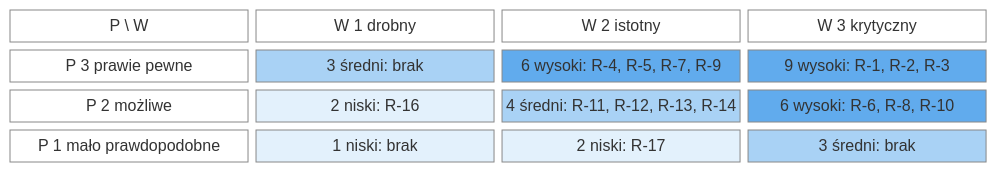
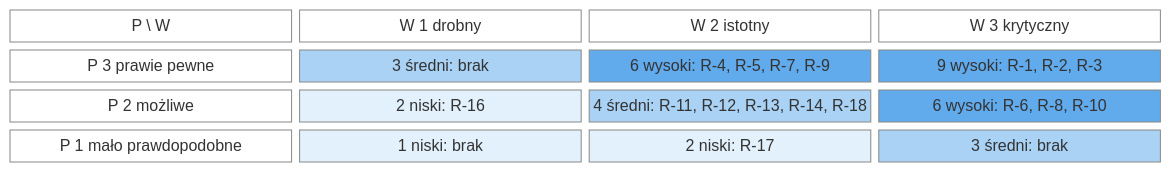
One commit to dostepny-kampus/dostepny-kampus changed the diagram in docs/docs/biznes/ryzyka.md. Above: the diagram before and after it, drawn with Mermaid. The commit also changed other lines of this file, not shown here.

Commit message:
docs(biznes): add risk of a report stuck with one verifier

````diff
--- a/docs/docs/biznes/ryzyka.md
+++ b/docs/docs/biznes/ryzyka.md
@@ -40,16 +41,16 @@
 ```mermaid
 block-beta
   columns 4
   naroznik["P \ W"] w1["W 1 drobny"] w2["W 2 istotny"] w3["W 3 krytyczny"]
   p3["P 3 prawie pewne"] c31["3 średni: brak"] c32["6 wysoki: R-4, R-5, R-7, R-9"] c33["9 wysoki: R-1, R-2, R-3"]
-  p2["P 2 możliwe"] c21["2 niski: R-16"] c22["4 średni: R-11, R-12, R-13, R-14"] c23["6 wysoki: R-6, R-8, R-10"]
+  p2["P 2 możliwe"] c21["2 niski: R-16"] c22["4 średni: R-11, R-12, R-13, R-14, R-18"] c23["6 wysoki: R-6, R-8, R-10"]
   p1["P 1 mało prawdopodobne"] c11["1 niski: brak"] c12["2 niski: R-17"] c13["3 średni: brak"]
   classDef naglowek fill:none,stroke:#888
   classDef wysoki fill:#1e88e5,fill-opacity:0.7,stroke:#888
   classDef sredni fill:#1e88e5,fill-opacity:0.38,stroke:#888
   classDef niski fill:#1e88e5,fill-opacity:0.12,stroke:#888
   class naroznik,w1,w2,w3,p3,p2,p1 naglowek
   class c33,c32,c23 wysoki
   class c31,c22,c13 sredni
   class c21,c11,c12 niski
 ```
````
